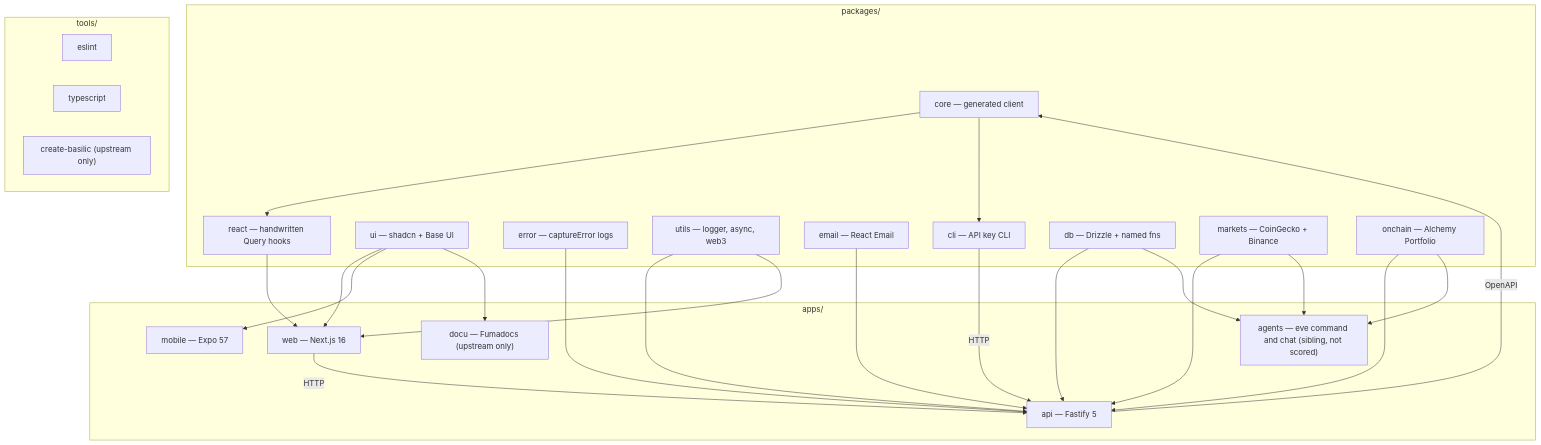
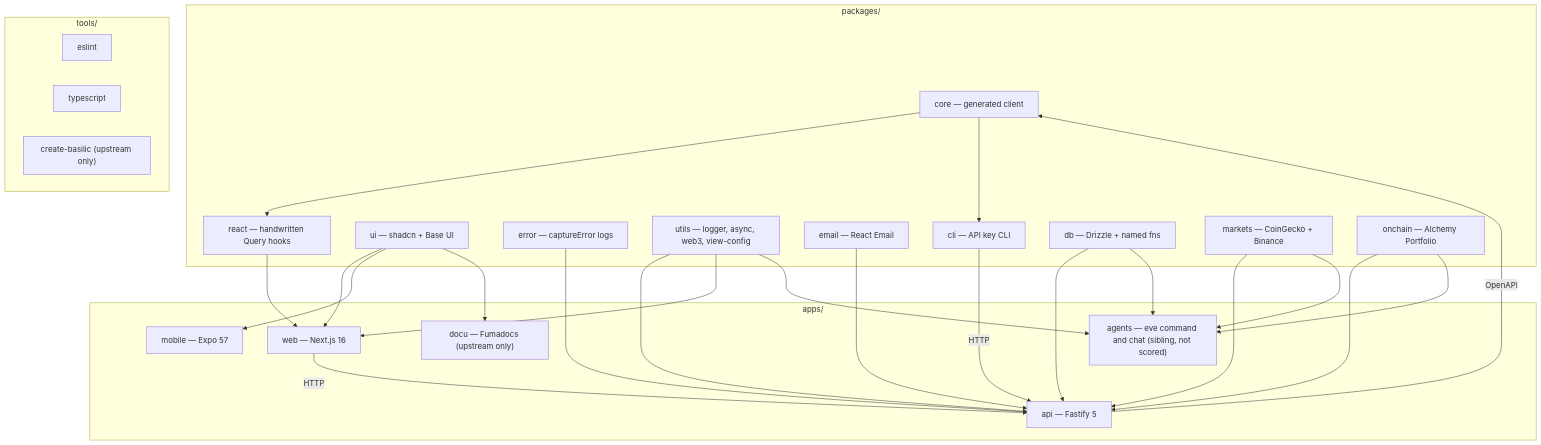
One commit to blockmatic/basilic changed the diagram in apps/docu/content/docs/architecture/monorepo.mdx. Above: the diagram before and after it, drawn with Mermaid. The commit also changed other lines of this file and 21 other files, not shown here.

First line of the commit message:
feat(utils): share ViewConfig schema for eve and web (#267)

````diff
--- a/apps/docu/content/docs/architecture/monorepo.mdx
+++ b/apps/docu/content/docs/architecture/monorepo.mdx
@@ -8,49 +8,50 @@
 ```mermaid
 flowchart TB
   subgraph Packages["packages/"]
     Core["core — generated client"]
     React["react — handwritten Query hooks"]
     UI["ui — shadcn + Base UI"]
     Error["error — captureError logs"]
-    Utils["utils — logger, async, web3"]
+    Utils["utils — logger, async, web3, view-config"]
     Email["email — React Email"]
     Cli["cli — API key CLI"]
     Db["db — Drizzle + named fns"]
     Markets["markets — CoinGecko + Binance"]
     Onchain["onchain — Alchemy Portfolio"]
   end
 
   subgraph Apps["apps/"]
     API["api — Fastify 5"]
     Web["web — Next.js 16"]
     Mobile["mobile — Expo 57"]
     Agents["agents — eve command and chat (sibling, not scored)"]
     Docu["docu — Fumadocs (upstream only)"]
   end
 
   subgraph Tools["tools/"]
     Eslint["eslint"]
     Ts["typescript"]
     Create["create-basilic (upstream only)"]
   end
 
   API -->|OpenAPI| Core
   Core --> React
   Core --> Cli
   React --> Web
   UI --> Web
   UI --> Mobile
   UI --> Docu
   Error --> API
   Utils --> API
   Utils --> Web
+  Utils --> Agents
   Email --> API
   Db --> API
   Markets --> API
   Onchain --> API
   Db --> Agents
   Markets --> Agents
   Onchain --> Agents
   Web -->|HTTP| API
   Cli -->|HTTP| API
 ```
````
